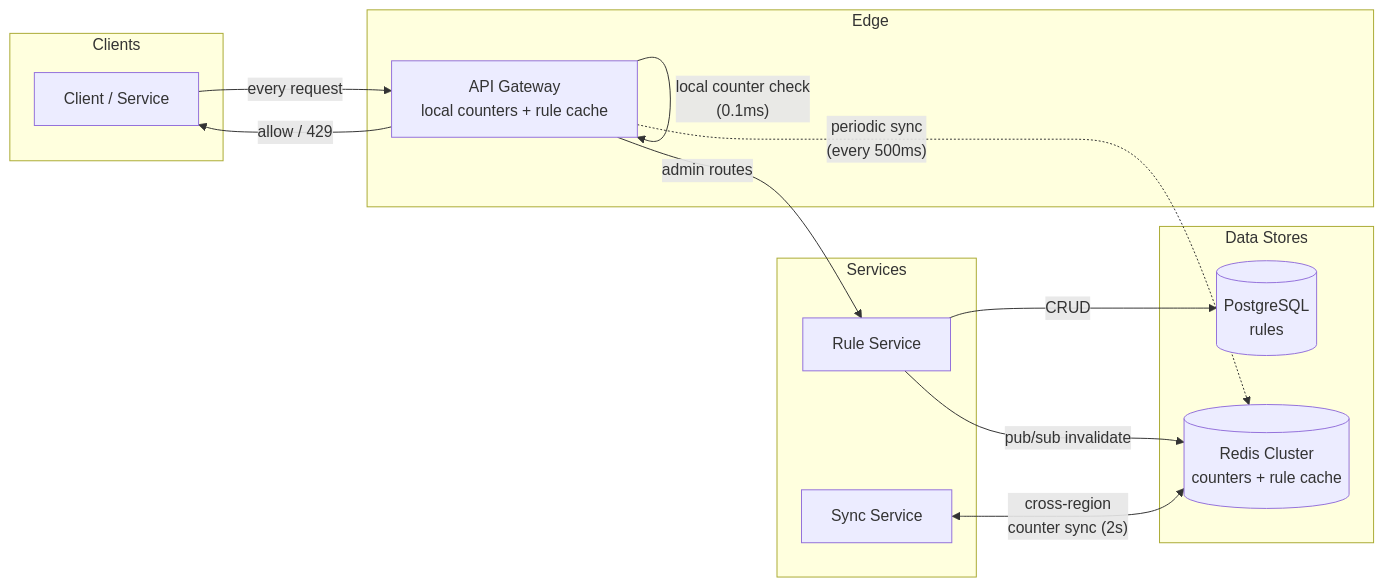
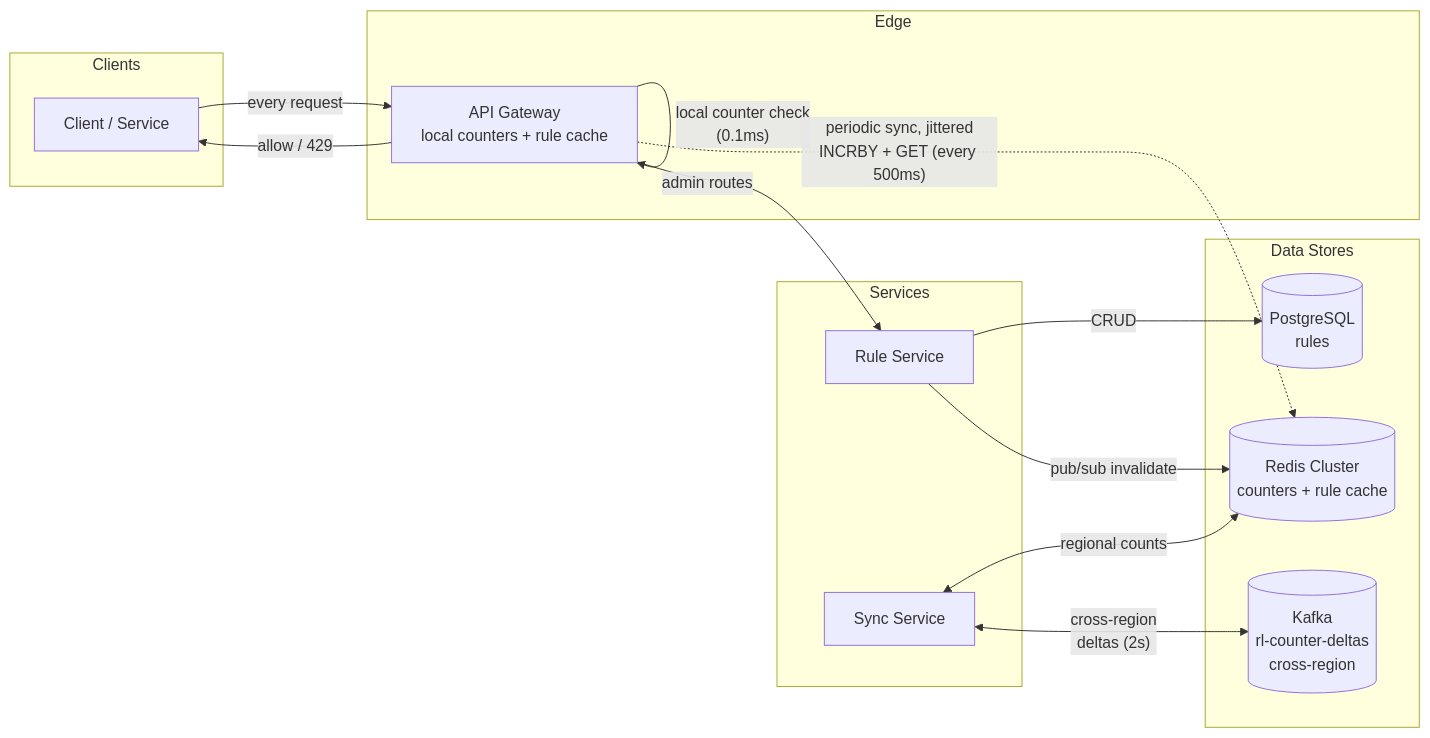
Before and after one commit to shahidbits2012/staff-plus: the second of 2 diagrams in docs/problems/real-time/rate-limiter.md, drawn with Mermaid. The commit also changed other lines of this file and 27 other files, not shown here.

````diff
--- a/docs/problems/real-time/rate-limiter.md
+++ b/docs/problems/real-time/rate-limiter.md
@@ -426,31 +440,33 @@
 ```mermaid
 graph LR
     subgraph Clients
         C[Client / Service]
     end
 
     subgraph Edge
         GW[API Gateway<br/>local counters + rule cache]
     end
 
     subgraph Services
         RS[Rule Service]
         SS[Sync Service]
     end
 
     subgraph Data_Stores[Data Stores]
         PG[(PostgreSQL<br/>rules)]
         REDIS[(Redis Cluster<br/>counters + rule cache)]
+        K[(Kafka<br/>rl-counter-deltas<br/>cross-region)]
     end
 
     C -->|every request| GW
     GW -->|"local counter check<br/>(0.1ms)"| GW
-    GW -.->|"periodic sync<br/>(every 500ms)"| REDIS
+    GW -.->|"periodic sync, jittered<br/>INCRBY + GET (every 500ms)"| REDIS
     GW -->|allow / 429| C
 
     RS -->|CRUD| PG
     RS -->|"pub/sub invalidate"| REDIS
     GW -->|admin routes| RS
 
-    SS <-->|"cross-region<br/>counter sync (2s)"| REDIS
+    SS <-->|"regional counts"| REDIS
+    SS <-->|"cross-region<br/>deltas (2s)"| K
 ```
````
